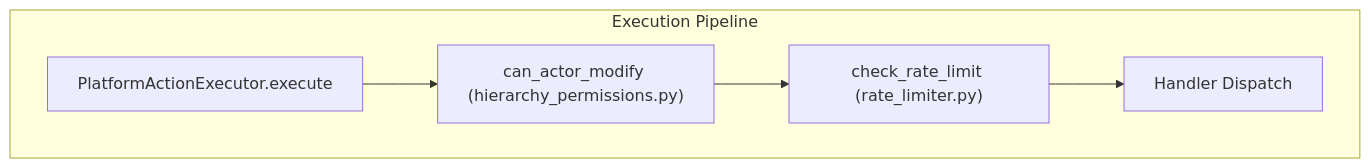
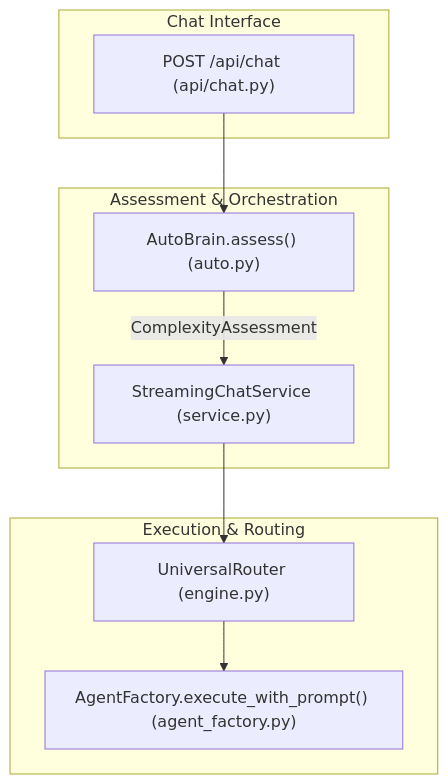
The third of 3 diagrams in docs/chat-interface/complexity-assessment-autobrain.md (AutomatosAI/automatos-ai), drawn with Mermaid before and after one commit. The commit also changed other lines of this file and 191 other files, not shown here.

````diff
--- a/docs/chat-interface/complexity-assessment-autobrain.md
+++ b/docs/chat-interface/complexity-assessment-autobrain.md
@@ -157,13 +146,21 @@
 ```mermaid
 graph TD
-    subgraph "Execution Pipeline"
-        Exec["PlatformActionExecutor.execute"]
-        Check["can_actor_modify (hierarchy_permissions.py)"]
-        RateLimit["check_rate_limit (rate_limiter.py)"]
-        Dispatch["Handler Dispatch"]
+    subgraph "Chat Interface"
+        APIEndpoint["POST /api/chat (api/chat.py)"]
     end
 
-    Exec --> Check
-    Check --> RateLimit
-    RateLimit --> Dispatch
+    subgraph "Assessment & Orchestration"
+        AutoBrainEval["AutoBrain.assess() (auto.py)"]
+        StreamingSvc["StreamingChatService (service.py)"]
+    end
+
+    subgraph "Execution & Routing"
+        UnivRouter["UniversalRouter (engine.py)"]
+        AgentRuntime["AgentFactory.execute_with_prompt() (agent_factory.py)"]
+    end
+
+    APIEndpoint --> AutoBrainEval
+    AutoBrainEval -- "ComplexityAssessment" --> StreamingSvc
+    StreamingSvc --> UnivRouter
+    UnivRouter --> AgentRuntime
 ```
````
